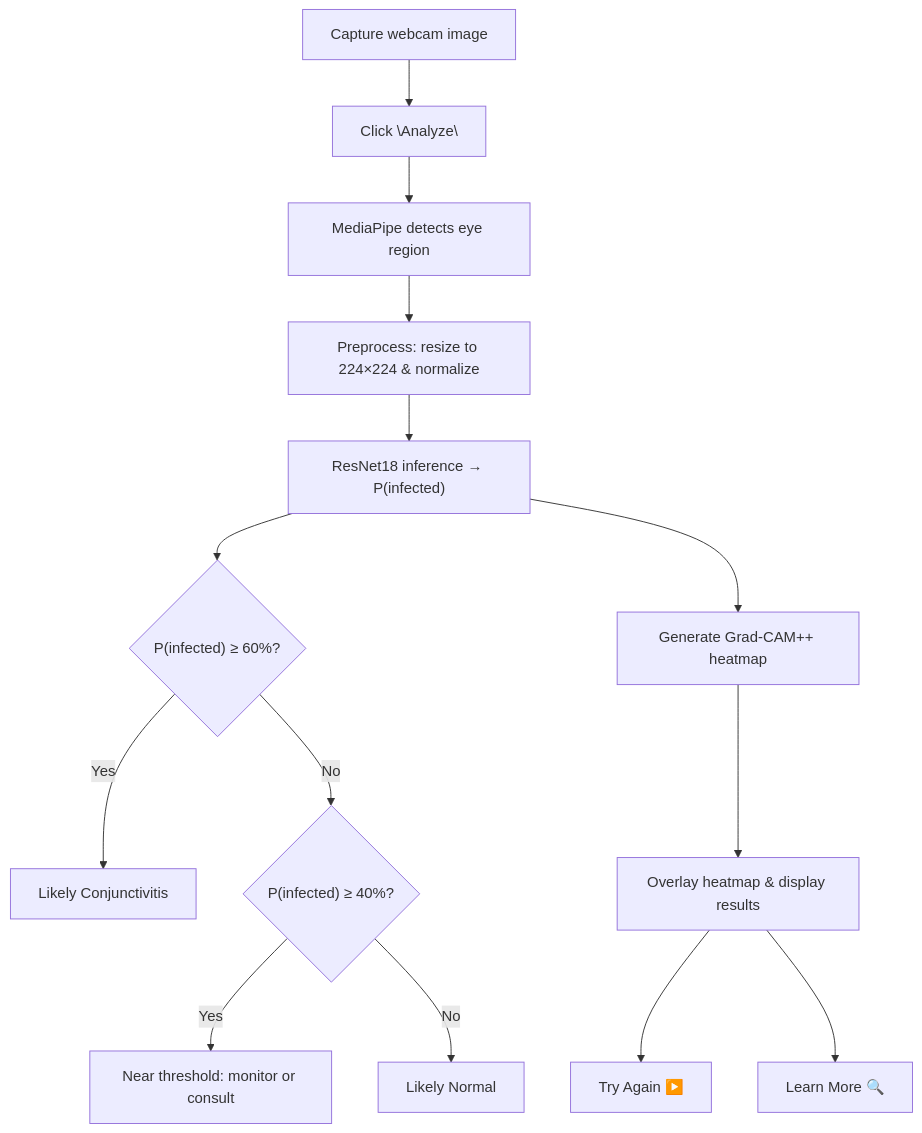
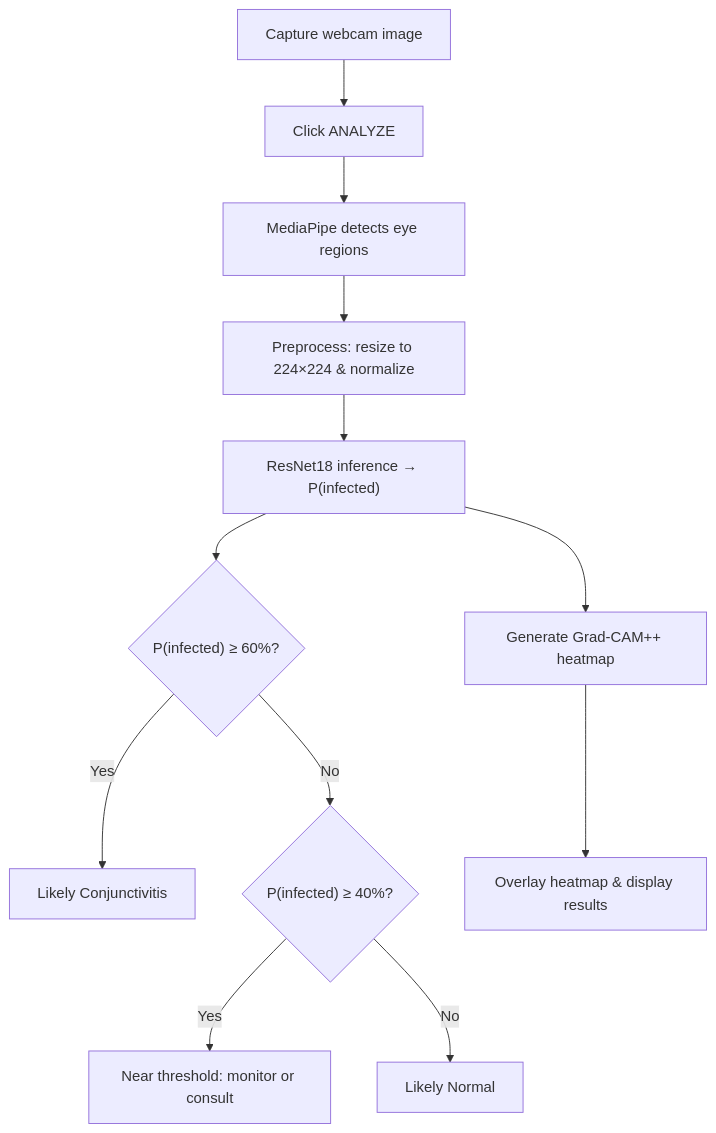
One commit to mariam-hedgie/Eyedentify-AI changed the diagram in README.md. Above: the diagram before and after it, drawn with Mermaid. The commit also changed other lines of this file and 1 other file, not shown here.

````diff
--- a/README.md
+++ b/README.md
@@ -62,19 +88,13 @@
 ```mermaid
 flowchart TD
-  A["Capture webcam image"] --> B["Click \"Analyze\""]
-  B --> C["MediaPipe detects eye region"]
-  C --> D["Preprocess: resize to 224×224 & normalize"]
-  D --> E["ResNet18 inference → P(infected)"]
-
-  E --> F{"P(infected) ≥ 60%?"}
-  F -- Yes --> G["Likely Conjunctivitis"]
-  F -- No  --> H{"P(infected) ≥ 40%?"}
-  H -- Yes --> I["Near threshold: monitor or consult"]
-  H -- No  --> J["Likely Normal"]
-
-  E --> K["Generate Grad-CAM++ heatmap"]
-  K --> L["Overlay heatmap & display results"]
-
-  L --> M["Try Again ▶️"]
-  L --> N["Learn More 🔍"]
+    A["Capture webcam image"] --> B@{ label: "Click ANALYZE" }
+    B --> C["MediaPipe detects eye regions"]
+    C --> D["Preprocess: resize to 224×224 & normalize"]
+    D --> E["ResNet18 inference → P(infected)"]
+    E --> F{"P(infected) ≥ 60%?"} & K["Generate Grad-CAM++ heatmap"]
+    F -- Yes --> G["Likely Conjunctivitis"]
+    F -- No --> H{"P(infected) ≥ 40%?"}
+    H -- Yes --> I["Near threshold: monitor or consult"]
+    H -- No --> J["Likely Normal"]
+    K --> L["Overlay heatmap & display results"]
   ```
````
